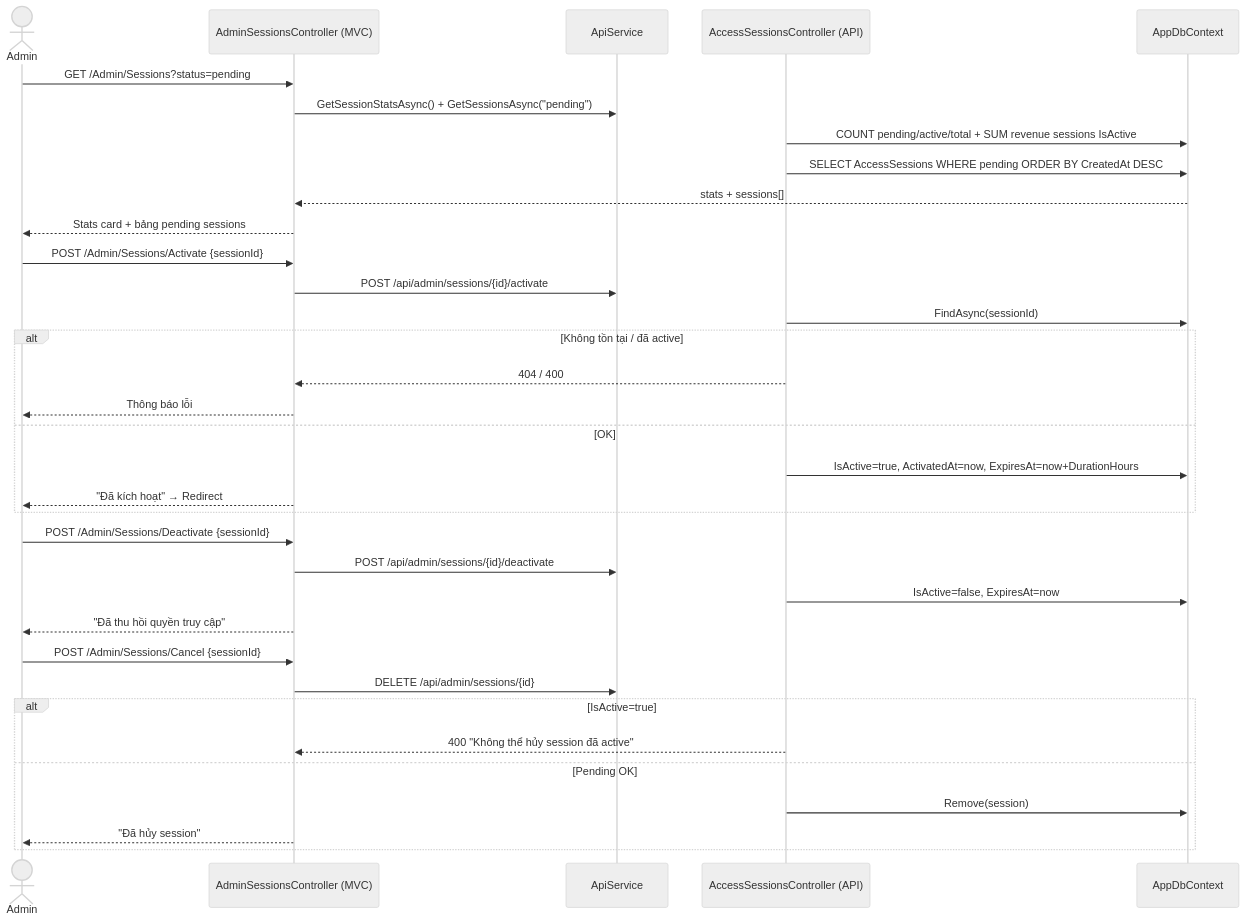
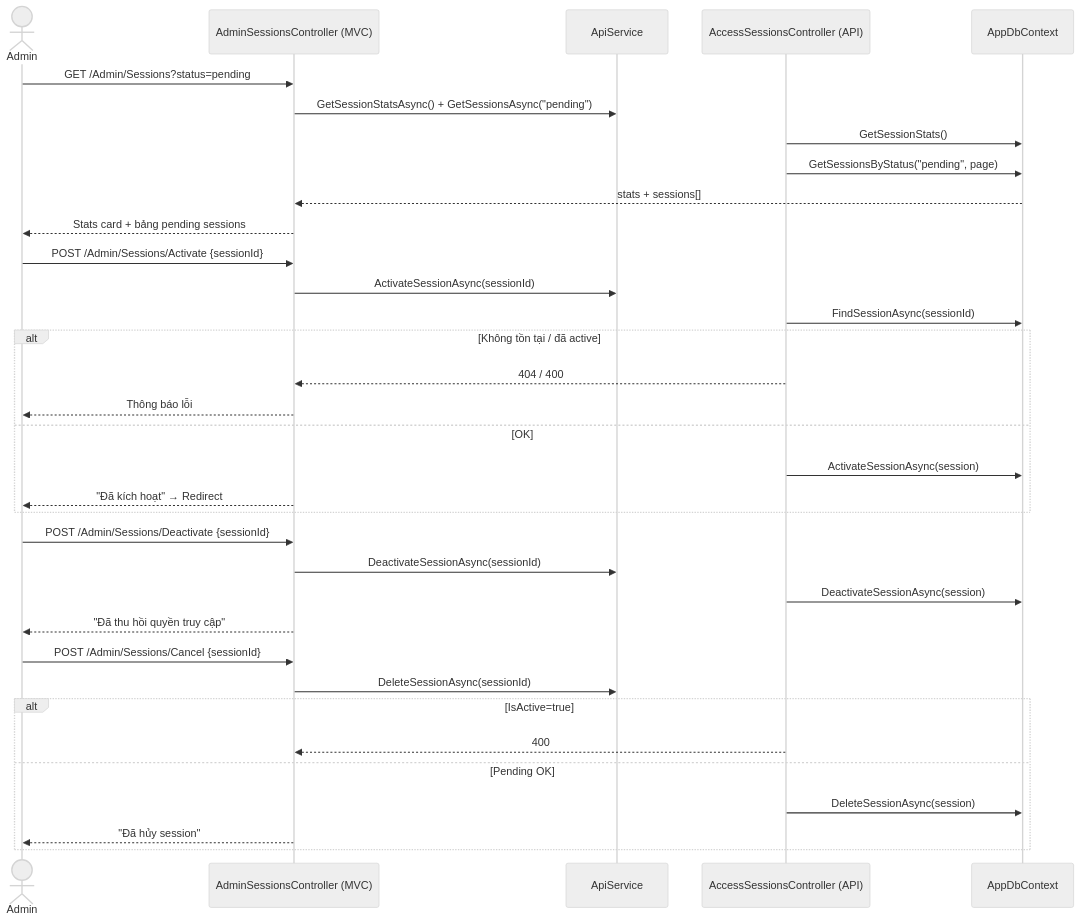
Diagram 18 of 27 in PRD.md (MTai55/csharp), drawn with Mermaid (neutral theme) before and after one commit. The commit also changed other lines of this file, not shown here.

Commit message:
Sửa Sequence trong prd

````diff
--- a/PRD.md
+++ b/PRD.md
@@ -1948,40 +2001,40 @@
 ```mermaid
 sequenceDiagram
     actor Admin
     participant SessionMVC as AdminSessionsController (MVC)
     participant API as ApiService
     participant SessionAPI as AccessSessionsController (API)
     participant DB as AppDbContext
 
     Admin->>SessionMVC: GET /Admin/Sessions?status=pending
     SessionMVC->>API: GetSessionStatsAsync() + GetSessionsAsync("pending")
-    SessionAPI->>DB: COUNT pending/active/total + SUM revenue sessions IsActive
-    SessionAPI->>DB: SELECT AccessSessions WHERE pending ORDER BY CreatedAt DESC
+    SessionAPI->>DB: GetSessionStats()
+    SessionAPI->>DB: GetSessionsByStatus("pending", page)
     DB-->>SessionMVC: stats + sessions[]
     SessionMVC-->>Admin: Stats card + bảng pending sessions
 
     Admin->>SessionMVC: POST /Admin/Sessions/Activate {sessionId}
-    SessionMVC->>API: POST /api/admin/sessions/{id}/activate
-    SessionAPI->>DB: FindAsync(sessionId)
+    SessionMVC->>API: ActivateSessionAsync(sessionId)
+    SessionAPI->>DB: FindSessionAsync(sessionId)
     alt Không tồn tại / đã active
         SessionAPI-->>SessionMVC: 404 / 400
         SessionMVC-->>Admin: Thông báo lỗi
     else OK
-        SessionAPI->>DB: IsActive=true, ActivatedAt=now, ExpiresAt=now+DurationHours
+        SessionAPI->>DB: ActivateSessionAsync(session)
         SessionMVC-->>Admin: "Đã kích hoạt" → Redirect
     end
 
     Admin->>SessionMVC: POST /Admin/Sessions/Deactivate {sessionId}
-    SessionMVC->>API: POST /api/admin/sessions/{id}/deactivate
-    SessionAPI->>DB: IsActive=false, ExpiresAt=now
+    SessionMVC->>API: DeactivateSessionAsync(sessionId)
+    SessionAPI->>DB: DeactivateSessionAsync(session)
     SessionMVC-->>Admin: "Đã thu hồi quyền truy cập"
 
     Admin->>SessionMVC: POST /Admin/Sessions/Cancel {sessionId}
-    SessionMVC->>API: DELETE /api/admin/sessions/{id}
+    SessionMVC->>API: DeleteSessionAsync(sessionId)
     alt IsActive=true
-        SessionAPI-->>SessionMVC: 400 "Không thể hủy session đã active"
+        SessionAPI-->>SessionMVC: 400
     else Pending OK
-        SessionAPI->>DB: Remove(session)
+        SessionAPI->>DB: DeleteSessionAsync(session)
         SessionMVC-->>Admin: "Đã hủy session"
     end
 ```
````
